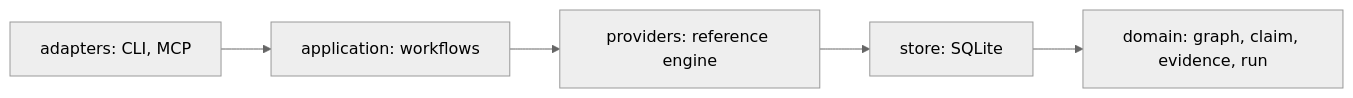
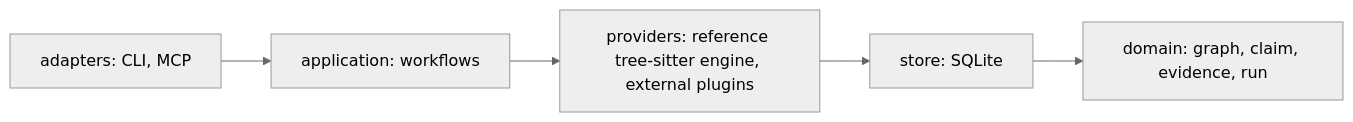
Before and after one commit to massrelay-ai/comparegraph: the second of 2 diagrams in README.md, drawn with Mermaid (neutral theme). The commit also changed other lines of this file and 1 other file, not shown here.

Commit message:
docs(readme): the front door — diagrams, measured tables, two-tier languages, plugins, roadmap

````diff
--- a/README.md
+++ b/README.md
@@ -212,7 +250,7 @@
 ```mermaid
 flowchart LR
     adapters["adapters: CLI, MCP"] --> application["application: workflows"]
-    application --> providers["providers: reference engine"]
+    application --> providers["providers: reference tree-sitter engine, external plugins"]
     providers --> store["store: SQLite"]
     store --> domain["domain: graph, claim, evidence, run"]
 ```
````
